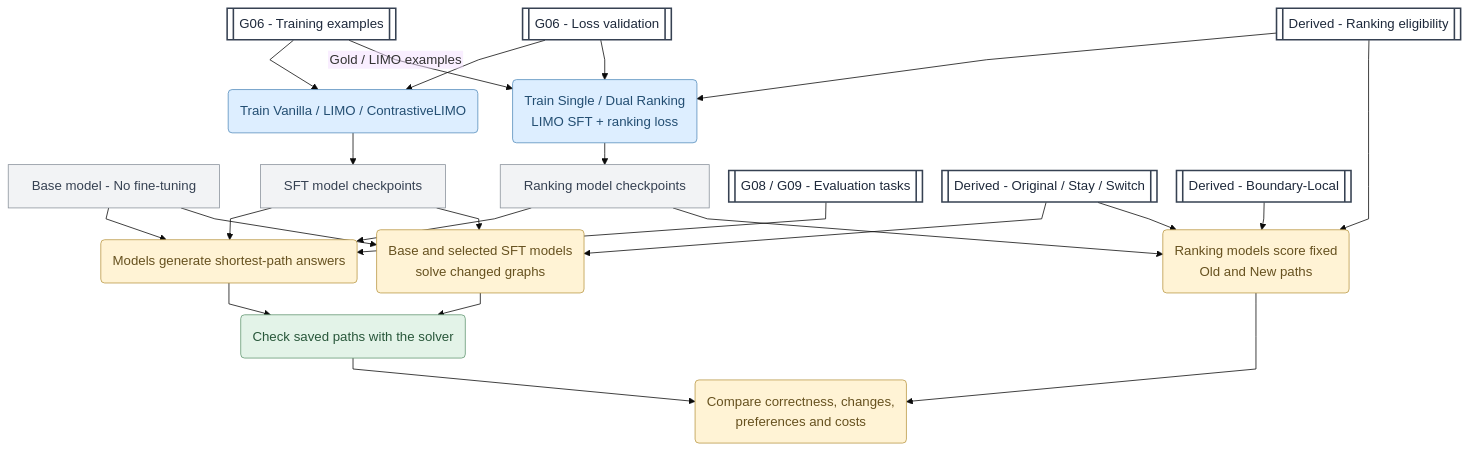
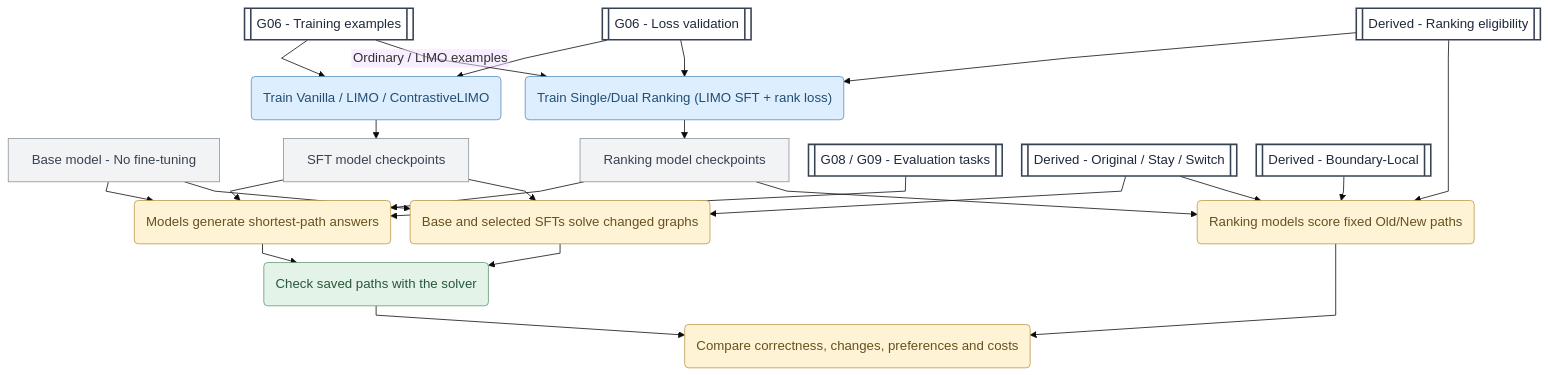
One commit to MinervaCyy/PathFACT changed the third of 3 diagrams in README.md. Above: the diagram before and after it, drawn with Mermaid. The commit also changed other lines of this file, not shown here.

````diff
--- a/README.md
+++ b/README.md
@@ -171,64 +169,64 @@
 ```mermaid
-%%{init: {"theme": "base", "themeVariables": {"fontSize": "17px"}, "flowchart": {"htmlLabels": false, "curve": "linear", "nodeSpacing": 25, "rankSpacing": 28, "wrappingWidth": 300}}}%%
+%%{init: {"theme": "base", "themeVariables": {"fontSize": "17px"}, "flowchart": {"htmlLabels": false, "curve": "linear", "nodeSpacing": 25, "rankSpacing": 24, "wrappingWidth": 440}}}%%
 flowchart TB
     TRAIN[["G06 - Training examples"]]
     VAL[["G06 - Loss validation"]]
     RANK[["Derived - Ranking eligibility"]]
 
     BASE["Base model - No fine-tuning"]
     SFT("Train Vanilla / LIMO / ContrastiveLIMO")
-    RTRAIN("Train Single / Dual Ranking<br/>LIMO SFT + ranking loss")
+    RTRAIN("Train Single/Dual Ranking (LIMO SFT + rank loss)")
     SFTMODEL["SFT model checkpoints"]
     RANKMODEL["Ranking model checkpoints"]
 
     TESTS[["G08 / G09 - Evaluation tasks"]]
     CF[["Derived - Original / Stay / Switch"]]
     BOUND[["Derived - Boundary-Local"]]
 
     TASK("Models generate shortest-path answers")
-    CFTEST("Base and selected SFT models<br/>solve changed graphs")
-    PREF("Ranking models score fixed<br/>Old and New paths")
+    CFTEST("Base and selected SFTs solve changed graphs")
+    PREF("Ranking models score fixed Old/New paths")
 
     VERIFY("Check saved paths with the solver")
-    RESULTS("Compare correctness, changes,<br/>preferences and costs")
+    RESULTS("Compare correctness, changes, preferences and costs")
 
     TRAIN --> SFT
     VAL --> SFT
-    TRAIN -->|"Gold / LIMO examples"| RTRAIN
+    TRAIN -->|"Ordinary / LIMO examples"| RTRAIN
     VAL --> RTRAIN
     RANK --> RTRAIN
 
     SFT --> SFTMODEL
     RTRAIN --> RANKMODEL
 
     BASE --> TASK
     SFTMODEL --> TASK
     RANKMODEL --> TASK
     TESTS --> TASK
 
     BASE --> CFTEST
     SFTMODEL --> CFTEST
     CF --> CFTEST
 
     RANKMODEL --> PREF
     RANK --> PREF
     CF --> PREF
     BOUND --> PREF
 
     TASK --> VERIFY
     CFTEST --> VERIFY
     VERIFY --> RESULTS
     PREF --> RESULTS
 
     classDef trainer fill:#DDEEFF,stroke:#558DBB,color:#234E72
     classDef evaluator fill:#FFF3D5,stroke:#BA9946,color:#66511F
     classDef verifier fill:#E3F3E8,stroke:#649773,color:#28573A
     classDef python fill:#F2F3F5,stroke:#8A929C,color:#364152
     classDef dataset fill:#FFFFFF,stroke:#364152,color:#1E293B,stroke-width:2px
 
     class SFT,RTRAIN trainer
     class TASK,CFTEST,PREF,RESULTS evaluator
     class VERIFY verifier
     class BASE,SFTMODEL,RANKMODEL python
     class TRAIN,VAL,RANK,TESTS,CF,BOUND dataset
 ```
````
